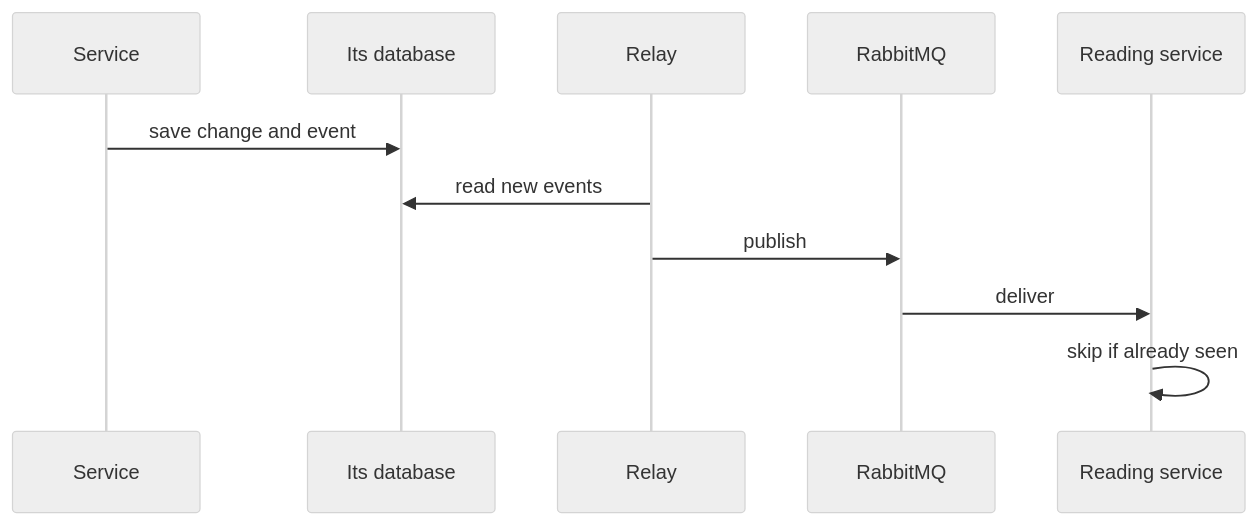
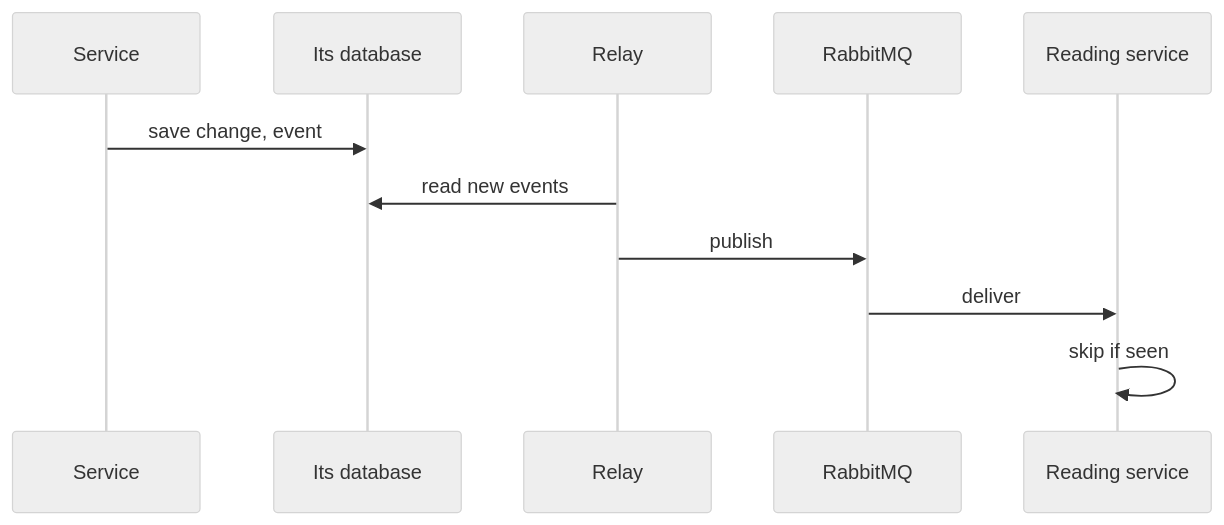
Before and after one commit to ravialdyh/my-money-recap-monorepo: the diagram in apps/README.md, drawn with Mermaid (neutral theme). The commit also changed other lines of this file and 28 other files, not shown here.

````diff
--- a/apps/README.md
+++ b/apps/README.md
@@ -19,13 +19,13 @@
 ```mermaid
 sequenceDiagram
     participant Service
     participant DB as Its database
     participant Relay
     participant MQ as RabbitMQ
     participant Reader as Reading service
-    Service->>DB: save change and event
+    Service->>DB: save change, event
     Relay->>DB: read new events
     Relay->>MQ: publish
     MQ->>Reader: deliver
-    Reader->>Reader: skip if already seen
+    Reader->>Reader: skip if seen
 ```
````
